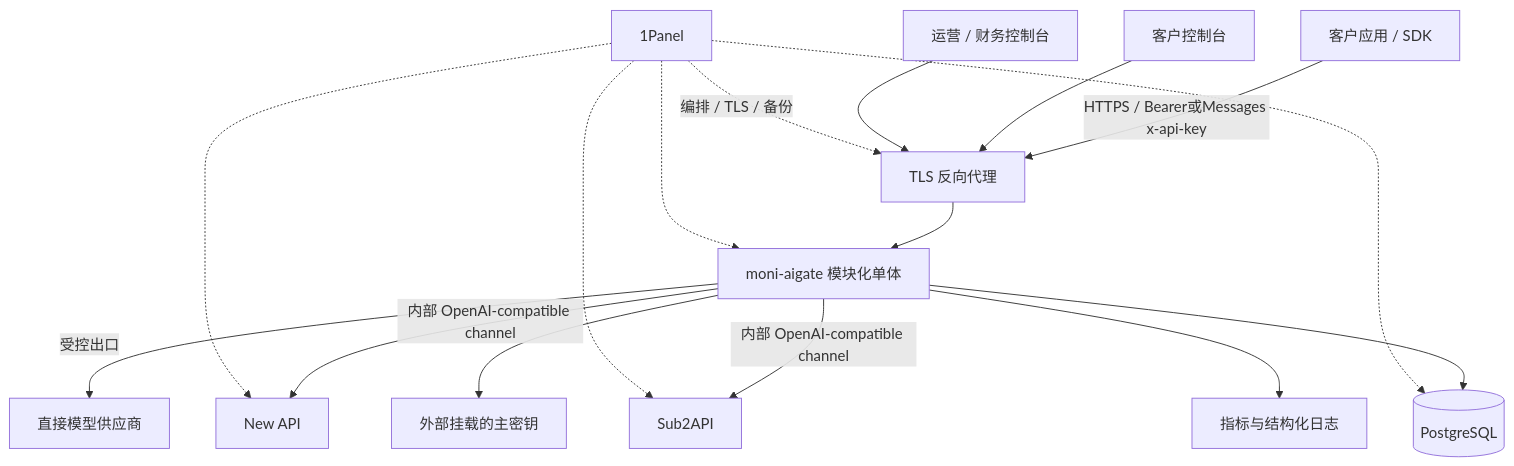
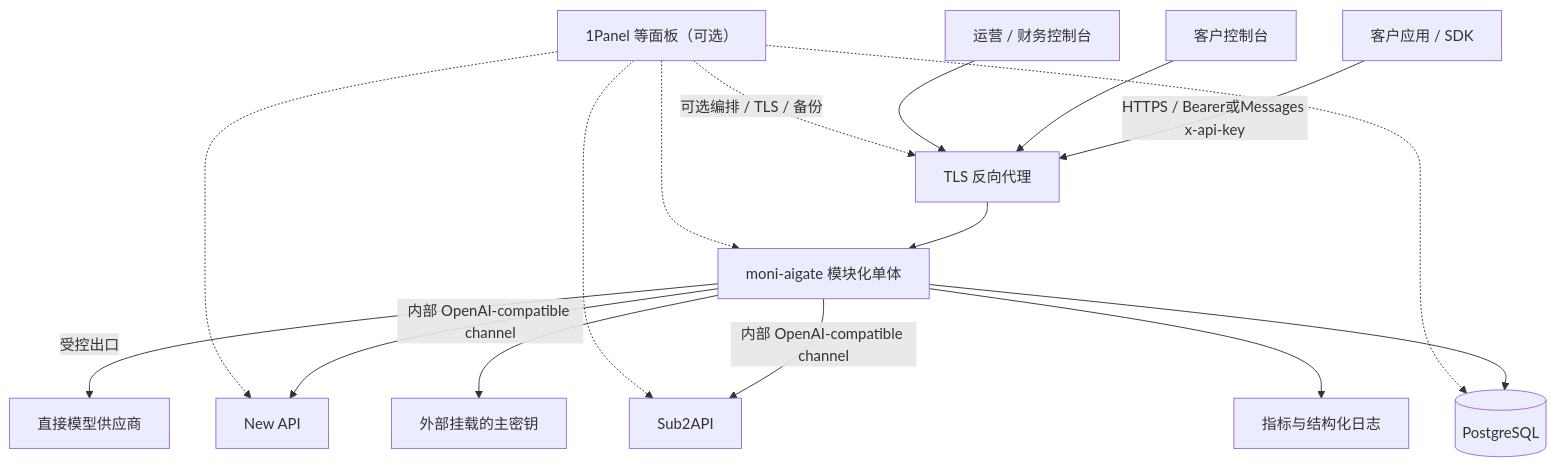
Before and after one commit to workhold/moni-aigate: the first of 6 diagrams in docs/design/HLD.md, drawn with Mermaid. The commit also changed other lines of this file and 25 other files, not shown here.

````diff
--- a/docs/design/HLD.md
+++ b/docs/design/HLD.md
@@ -29,18 +29,18 @@
 ```mermaid
 flowchart TB
     Dev[客户应用 / SDK] -->|HTTPS / Bearer或Messages x-api-key| Edge[TLS 反向代理]
     User[客户控制台] --> Edge
     Ops[运营 / 财务控制台] --> Edge
     Edge --> App[moni-aigate 模块化单体]
     App -->|受控出口| Direct[直接模型供应商]
     App -->|内部 OpenAI-compatible channel| NewAPI[New API]
     App -->|内部 OpenAI-compatible channel| Sub2API[Sub2API]
     App --> PG[(PostgreSQL)]
     App --> Secret[外部挂载的主密钥]
-    Panel[1Panel] -.->|编排 / TLS / 备份| Edge
+    Panel[1Panel 等面板（可选）] -.->|可选编排 / TLS / 备份| Edge
     Panel -.-> App
     Panel -.-> NewAPI
     Panel -.-> Sub2API
     Panel -.-> PG
     App --> Obs[指标与结构化日志]
 ```
````
